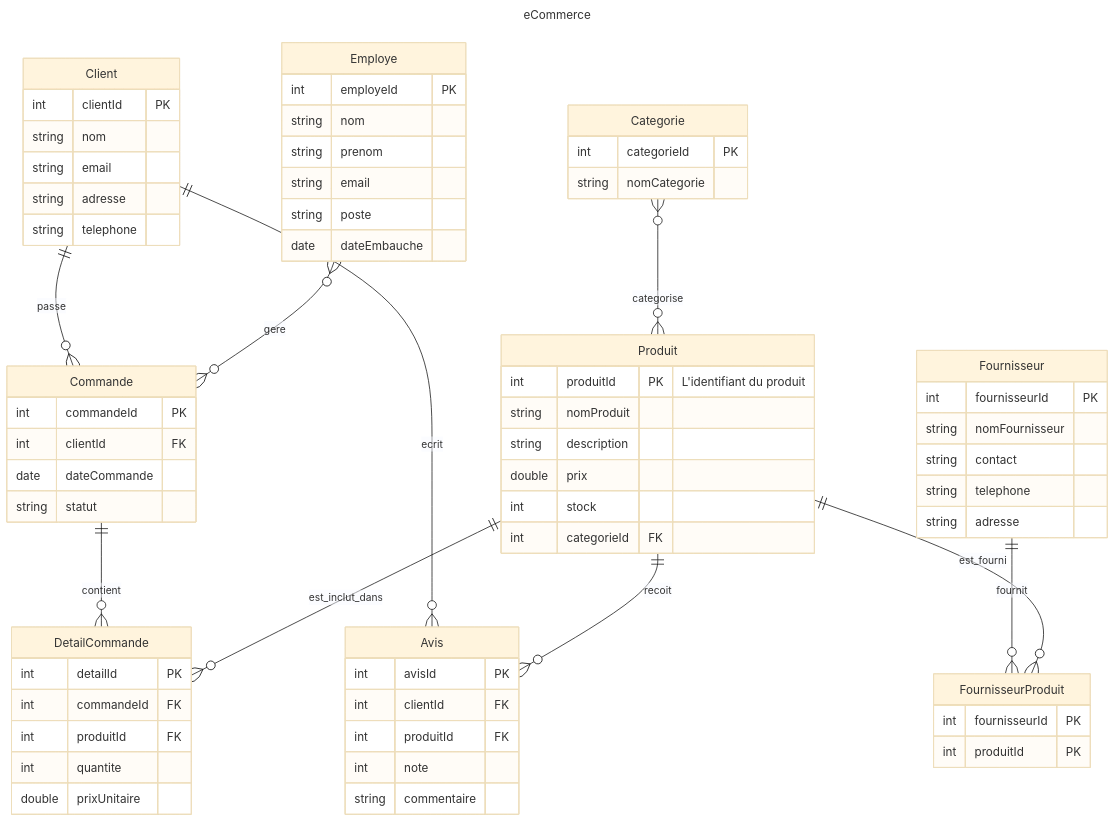
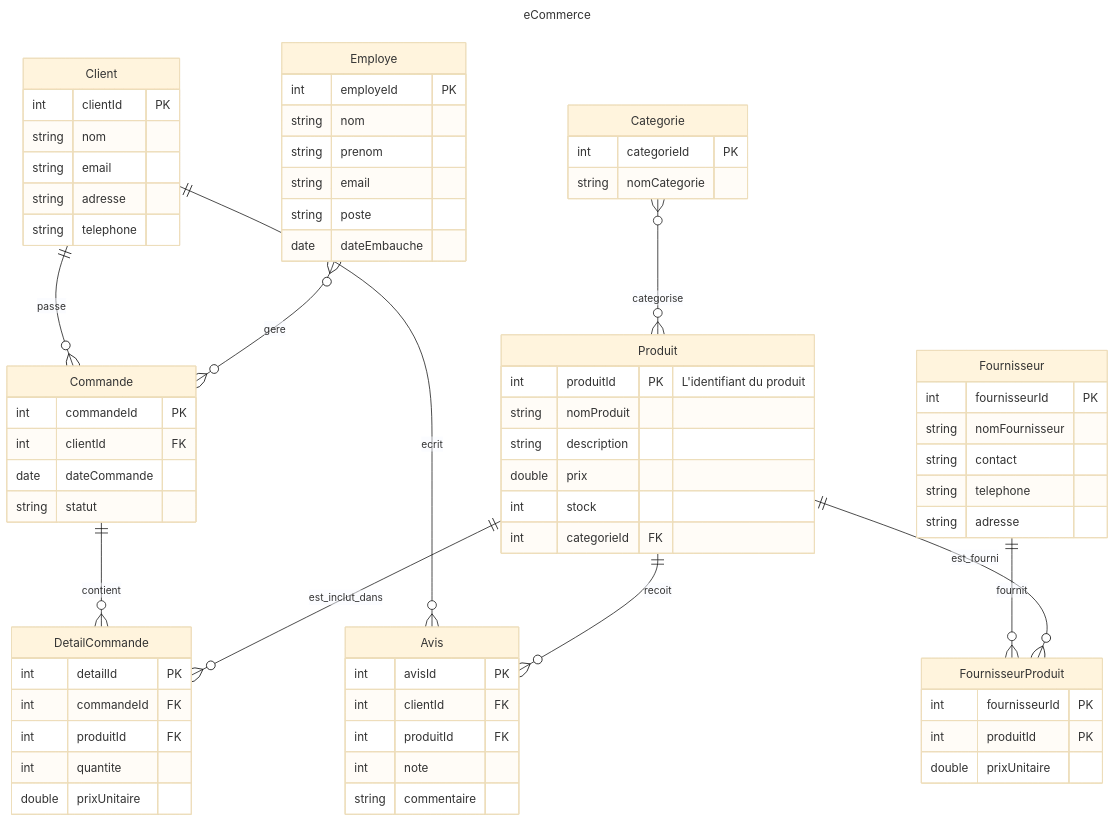
Before and after one commit to erralb/mermaid-js-erd-to-sql: the diagram in demos/ecommerce.md, drawn with Mermaid (base theme). The commit also changed 10 other files, not shown here.

```diff
--- a/demos/ecommerce.md
+++ b/demos/ecommerce.md
@@ -9,20 +9,6 @@
         string email
         string adresse
         string telephone
-    }
-
-    Categorie {
-        int categorieId PK
-        string nomCategorie
-    }
-
-    Produit {
-        int produitId PK "L'identifiant du produit"
-        string nomProduit
-        string description
-        double prix
-        int stock
-        int categorieId FK
     }
 
     Commande {
@@ -40,6 +26,28 @@
         double prixUnitaire
     }
 
+    Produit {
+        int produitId PK "L'identifiant du produit"
+        string nomProduit
+        string description
+        double prix
+        int stock
+        int categorieId FK
+    }
+
+    Categorie {
+        int categorieId PK
+        string nomCategorie
+    }
+
+    Avis {
+        int avisId PK
+        int clientId FK
+        int produitId FK
+        int note
+        string commentaire
+    }
+
     Fournisseur {
         int fournisseurId PK
         string nomFournisseur
@@ -50,7 +58,8 @@
 
     FournisseurProduit {
         int fournisseurId PK
-        int produitId PK
+        int produitId PK 
+        double prixUnitaire
     }
 
     Employe {
@@ -62,16 +71,7 @@
         date dateEmbauche
     }
 
-    Avis {
-        int avisId PK
-        int clientId FK
-        int produitId FK
-        int note
-        string commentaire
-    }
-
     Client ||--o{ Commande : passe
-    %% Commande }o--|| Client  : passe
     Commande ||--o{ DetailCommande : contient
     Produit ||--o{ DetailCommande : est_inclut_dans
     Categorie }o--o{ Produit : categorise
```
